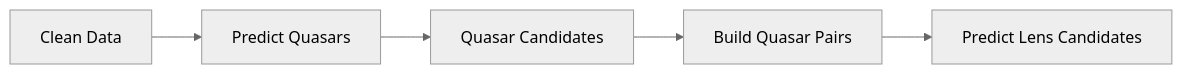
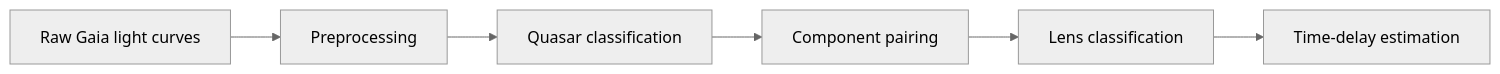
The diagram in README.md (Putofsky/TiLDe), drawn with Mermaid (neutral theme) before and after one commit. The commit also changed other lines of this file and 80 other files, not shown here.

````diff
--- a/README.md
+++ b/README.md
@@ -31,7 +14,8 @@
 ```mermaid
 flowchart LR
-    A[Clean Data] --> B[Predict Quasars]
-    B --> C[Quasar Candidates]
-    C --> D[Build Quasar Pairs]
-    D --> E[Predict Lens Candidates]
+    A["Raw Gaia light curves"] --> B["Preprocessing"]
+    B --> C["Quasar classification"]
+    C --> D["Component pairing"]
+    D --> E["Lens classification"]
+    E --> F["Time-delay estimation"]
 ```
````
